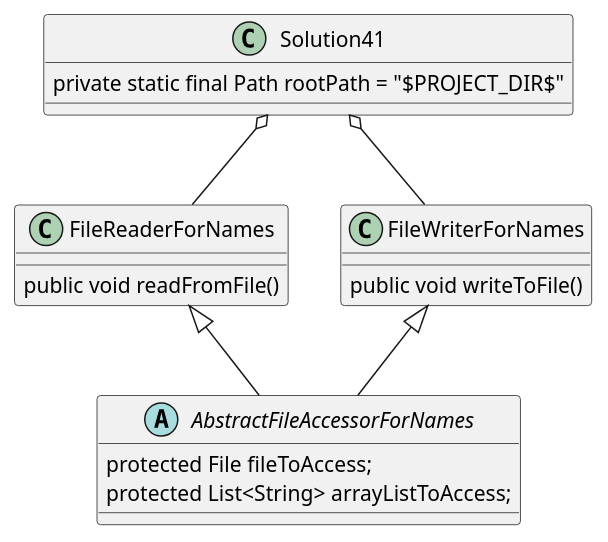
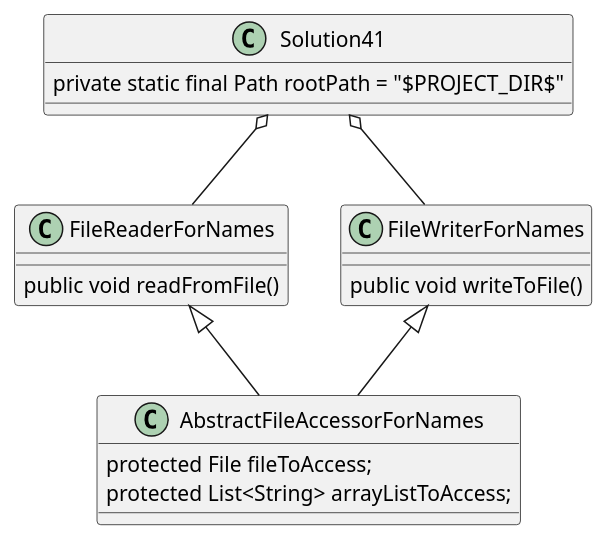
Before and after one commit to RadoMiami-UCF/guthre-a04: the diagram in exercise41/docs/exercise41diagram.puml, drawn with PlantUML.

Commit message:
Derp fix 2 for exercise41/

```diff
--- a/exercise41/docs/exercise41diagram.puml
+++ b/exercise41/docs/exercise41diagram.puml
@@ -1,22 +1,22 @@
 @startuml
 Solution41 o-- FileReaderForNames
 Solution41 o-- FileWriterForNames
 FileReaderForNames <|-- AbstractFileAccessorForNames
 FileWriterForNames <|-- AbstractFileAccessorForNames
 class Solution41 {
     private static final Path rootPath = "$PROJECT_DIR$"
 }
 
-abstract class AbstractFileAccessorForNames {
+class AbstractFileAccessorForNames {
     protected File fileToAccess;
     protected List<String> arrayListToAccess;
 }
 
 class FileReaderForNames {
     public void readFromFile()
 }
 
 class FileWriterForNames {
     public void writeToFile()
 }
 @enduml
```
